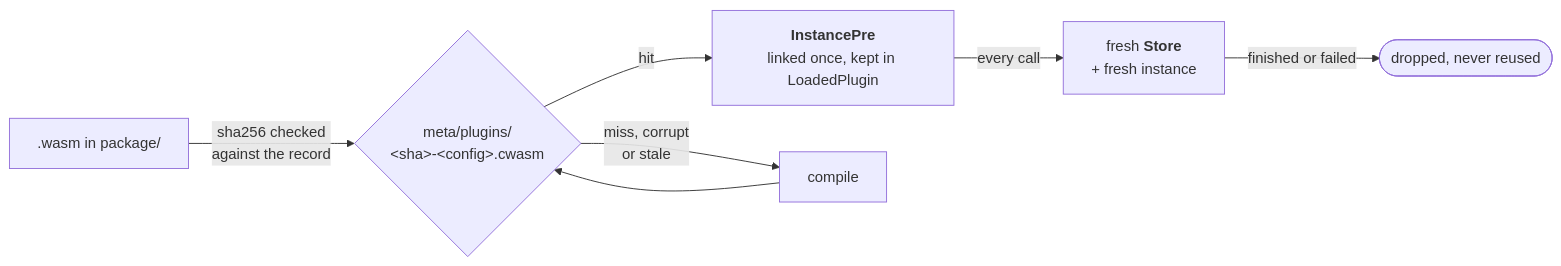
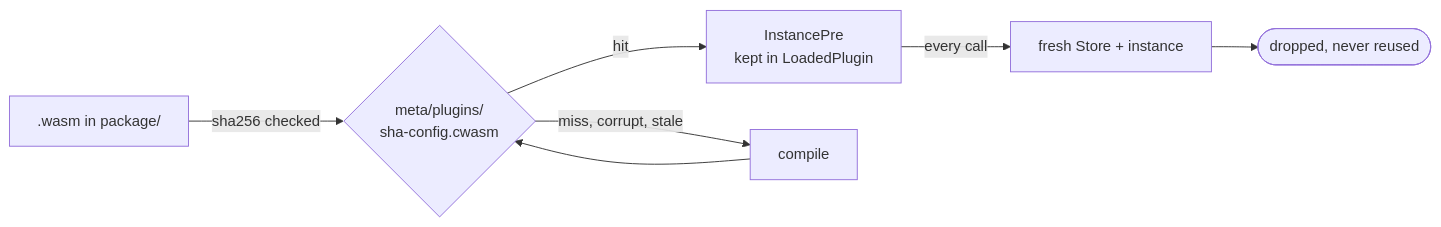
The first of 3 diagrams in docs/architecture/plugins.md (prytaneum/hestia), drawn with Mermaid before and after one commit. The commit also changed other lines of this file and 11 other files, not shown here.

Commit message:
docs(architecture): describe the current system only

````diff
--- a/docs/architecture/plugins.md
+++ b/docs/architecture/plugins.md
@@ -52,8 +39,7 @@
 ```mermaid
 flowchart LR
-    WASM[".wasm in package/"] -->|"sha256 checked<br/>against the record"| CACHE{"meta/plugins/<br/>&lt;sha&gt;-&lt;config&gt;.cwasm"}
-    CACHE -->|"hit"| PRE["<b>InstancePre</b><br/>linked once, kept in LoadedPlugin"]
-    CACHE -->|"miss, corrupt<br/>or stale"| COMPILE["compile"] --> CACHE
-    PRE -->|"every call"| STORE["fresh <b>Store</b><br/>+ fresh instance"]
-    STORE -->|"finished or failed"| DROP(["dropped, never reused"])
+    WASM[".wasm in package/"] -->|"sha256 checked"| CACHE{"meta/plugins/<br/>sha-config.cwasm"}
+    CACHE -->|"hit"| PRE["InstancePre<br/>kept in LoadedPlugin"]
+    CACHE -->|"miss, corrupt, stale"| COMPILE["compile"] --> CACHE
+    PRE -->|"every call"| STORE["fresh Store + instance"] --> DROP(["dropped, never reused"])
 ```
````
